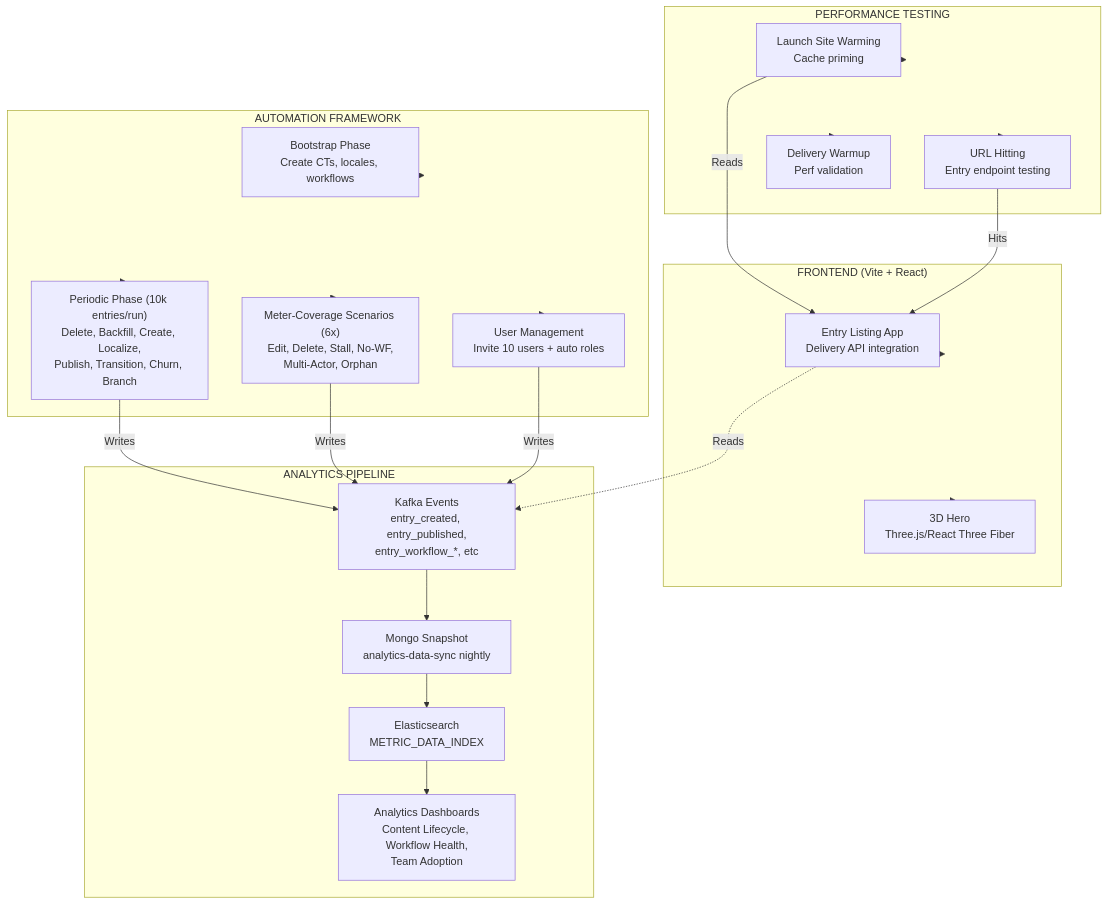
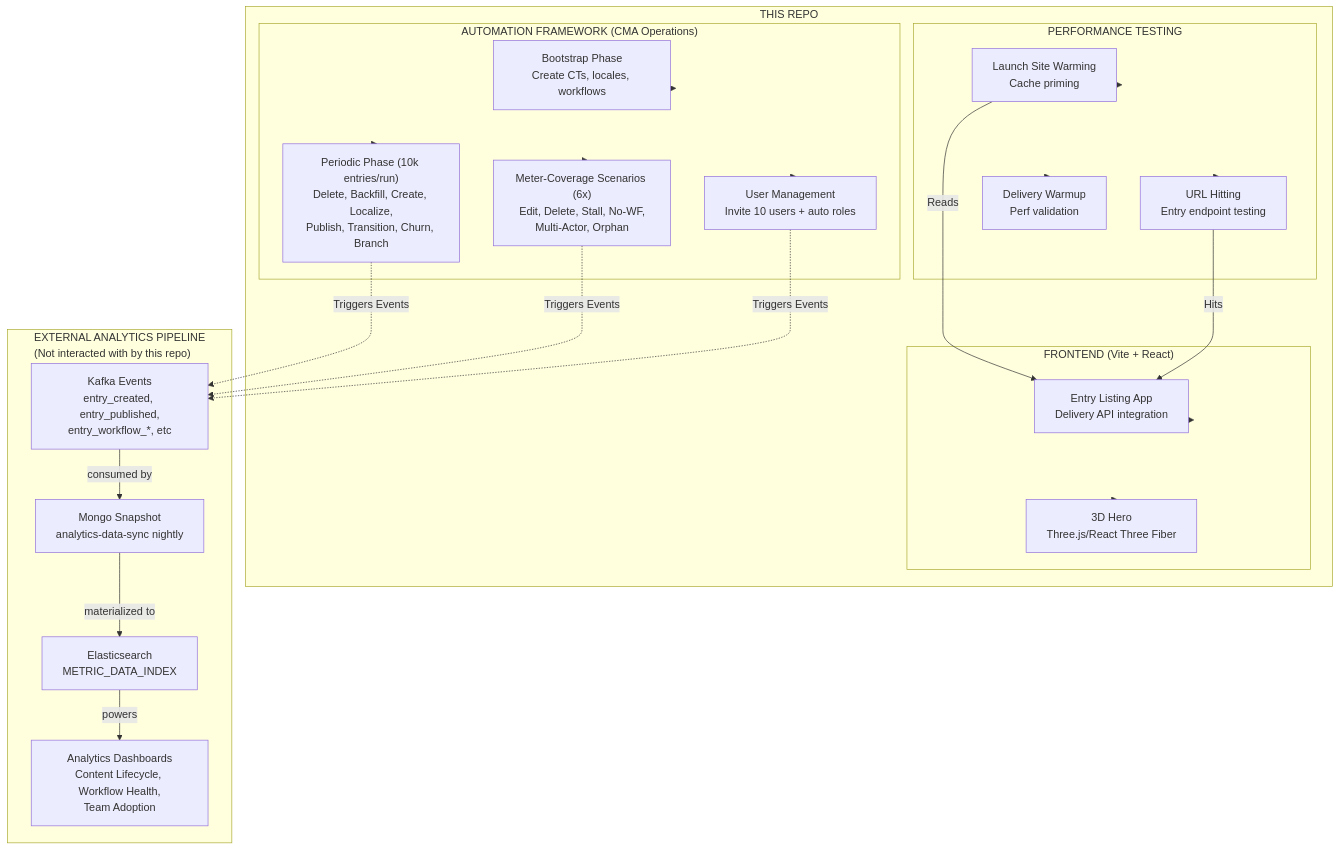
The first of 4 diagrams in README.md (DiveshKumarChordia/contentstack-analytics-automation-lab), drawn with Mermaid before and after one commit. The commit also changed other lines of this file, not shown here.

Commit message:
docs: clarify that we generate meter events, don't interact with analytics pipeline
- Fix language throughout README that incorrectly suggests we read from/write to Kafka, Mongo, Elasticsearch, or validate dashboards
- Update purpose statement: we GENERATE meter events and data, downstream systems consume them
- Update architecture diagram to show that automation triggers events but doesn't interact with analytics pipeline components
- Fix analytics engineer section to clarify we generate events; we don't validate the pipeline
- Update performance checklist to focus on automation success metrics, not analytics pipeline state
- Clarify verification points: check run-history.json for KPIs, not external systems

````diff
--- a/README.md
+++ b/README.md
@@ -61,48 +61,50 @@
 ```mermaid
 graph TB
-    subgraph Frontend["FRONTEND (Vite + React)"]
-        APP["Entry Listing App<br/>Delivery API integration"]
-        HERO["3D Hero<br/>Three.js/React Three Fiber"]
+    subgraph Repo["THIS REPO"]
+        subgraph Frontend["FRONTEND (Vite + React)"]
+            APP["Entry Listing App<br/>Delivery API integration"]
+            HERO["3D Hero<br/>Three.js/React Three Fiber"]
+        end
+        
+        subgraph Performance["PERFORMANCE TESTING"]
+            LAUNCH["Launch Site Warming<br/>Cache priming"]
+            HITTING["URL Hitting<br/>Entry endpoint testing"]
+            WARMUP["Delivery Warmup<br/>Perf validation"]
+        end
+        
+        subgraph Automation["AUTOMATION FRAMEWORK (CMA Operations)"]
+            BOOTSTRAP["Bootstrap Phase<br/>Create CTs, locales, workflows"]
+            PERIODIC["Periodic Phase (10k entries/run)<br/>Delete, Backfill, Create, Localize,<br/>Publish, Transition, Churn, Branch"]
+            METER["Meter-Coverage Scenarios (6x)<br/>Edit, Delete, Stall, No-WF,<br/>Multi-Actor, Orphan"]
+            USERS["User Management<br/>Invite 10 users + auto roles"]
+        end
     end
     
-    subgraph Performance["PERFORMANCE TESTING"]
-        LAUNCH["Launch Site Warming<br/>Cache priming"]
-        HITTING["URL Hitting<br/>Entry endpoint testing"]
-        WARMUP["Delivery Warmup<br/>Perf validation"]
-    end
-    
-    subgraph Automation["AUTOMATION FRAMEWORK"]
-        BOOTSTRAP["Bootstrap Phase<br/>Create CTs, locales, workflows"]
-        PERIODIC["Periodic Phase (10k entries/run)<br/>Delete, Backfill, Create, Localize,<br/>Publish, Transition, Churn, Branch"]
-        METER["Meter-Coverage Scenarios (6x)<br/>Edit, Delete, Stall, No-WF,<br/>Multi-Actor, Orphan"]
-        USERS["User Management<br/>Invite 10 users + auto roles"]
-    end
-    
-    subgraph Analytics["ANALYTICS PIPELINE"]
+    subgraph Analytics["EXTERNAL ANALYTICS PIPELINE<br/>(Not interacted with by this repo)"]
         KAFKA["Kafka Events<br/>entry_created, entry_published,<br/>entry_workflow_*, etc"]
         MONGO["Mongo Snapshot<br/>analytics-data-sync nightly"]
         ES["Elasticsearch<br/>METRIC_DATA_INDEX"]
         DASH["Analytics Dashboards<br/>Content Lifecycle, Workflow Health,<br/>Team Adoption"]
     end
     
     Frontend --> APP
     Frontend --> HERO
     Performance --> LAUNCH
     Performance --> HITTING
     Performance --> WARMUP
     Automation --> BOOTSTRAP
     Automation --> PERIODIC
     Automation --> METER
     Automation --> USERS
     
-    APP -.->|Reads| KAFKA
-    PERIODIC -->|Writes| KAFKA
-    METER -->|Writes| KAFKA
-    USERS -->|Writes| KAFKA
     LAUNCH -->|Reads| APP
     HITTING -->|Hits| APP
     
-    KAFKA --> MONGO
-    MONGO --> ES
-    ES --> DASH
+    PERIODIC -.->|Triggers Events| KAFKA
+    METER -.->|Triggers Events| KAFKA
+    USERS -.->|Triggers Events| KAFKA
+    
+    KAFKA -->|consumed by| MONGO
+    MONGO -->|materialized to| ES
+    ES -->|powers| DASH
 ```
````
